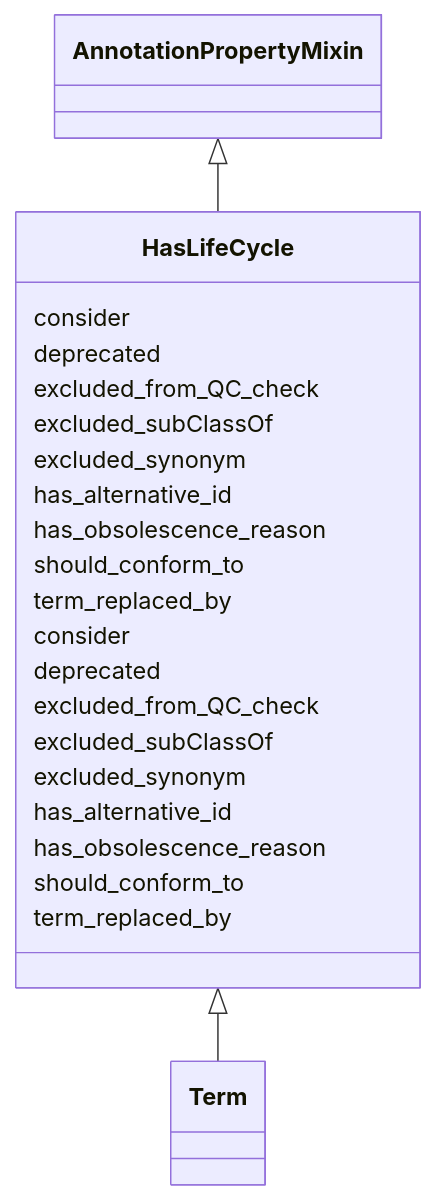
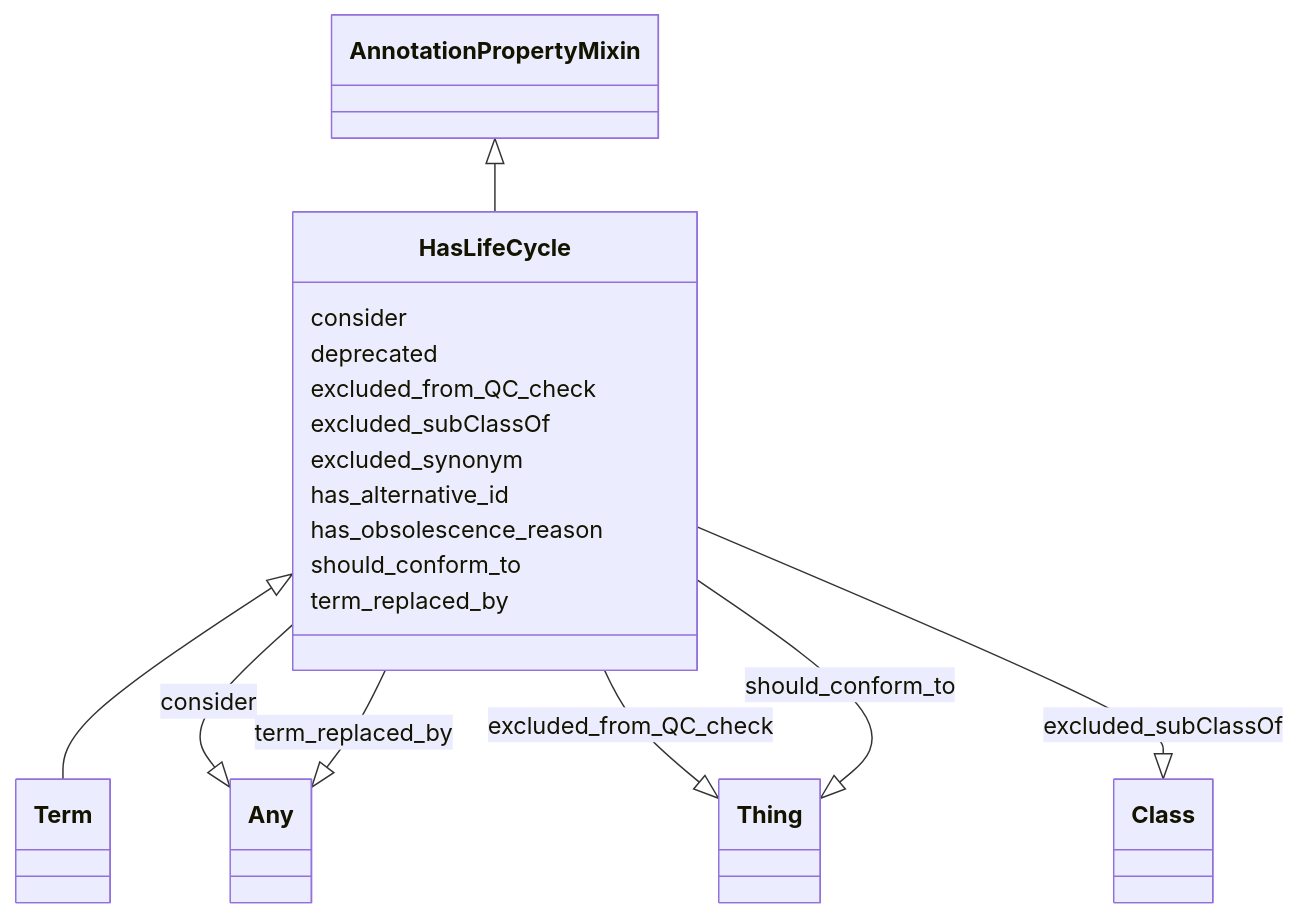
The diagram in ontology-metadata/HasLifeCycle.md (cthoyt/ontology-access-kit), drawn with Mermaid before and after one commit. The commit also changed other lines of this file and 3287 other files, not shown here.

````diff
--- a/ontology-metadata/HasLifeCycle.md
+++ b/ontology-metadata/HasLifeCycle.md
@@ -9,29 +9,39 @@
 ```{mermaid}
  classDiagram
     class HasLifeCycle
       AnnotationPropertyMixin <|-- HasLifeCycle
       
-      HasLifeCycle : consider
-      HasLifeCycle : deprecated
-      HasLifeCycle : excluded_from_QC_check
-      HasLifeCycle : excluded_subClassOf
-      HasLifeCycle : excluded_synonym
-      HasLifeCycle : has_alternative_id
-      HasLifeCycle : has_obsolescence_reason
-      HasLifeCycle : should_conform_to
-      HasLifeCycle : term_replaced_by
-      
 
       HasLifeCycle <|-- Term
       
+      
       HasLifeCycle : consider
+        
+          HasLifeCycle --|> Any : consider
+        
       HasLifeCycle : deprecated
+        
       HasLifeCycle : excluded_from_QC_check
+        
+          HasLifeCycle --|> Thing : excluded_from_QC_check
+        
       HasLifeCycle : excluded_subClassOf
+        
+          HasLifeCycle --|> Class : excluded_subClassOf
+        
       HasLifeCycle : excluded_synonym
+        
       HasLifeCycle : has_alternative_id
+        
       HasLifeCycle : has_obsolescence_reason
+        
       HasLifeCycle : should_conform_to
+        
+          HasLifeCycle --|> Thing : should_conform_to
+        
       HasLifeCycle : term_replaced_by
+        
+          HasLifeCycle --|> Any : term_replaced_by
+        
       
 ```
````
